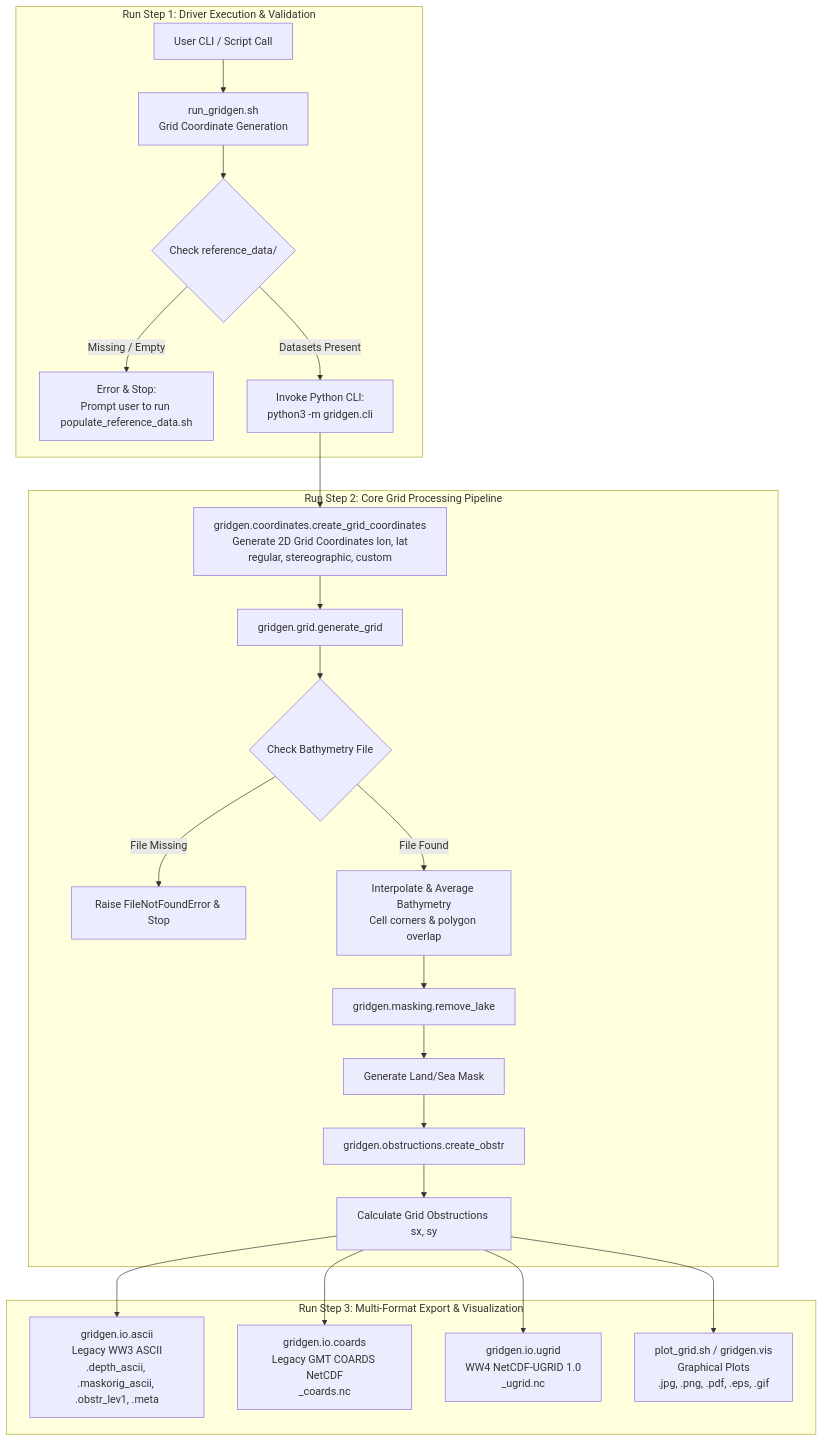
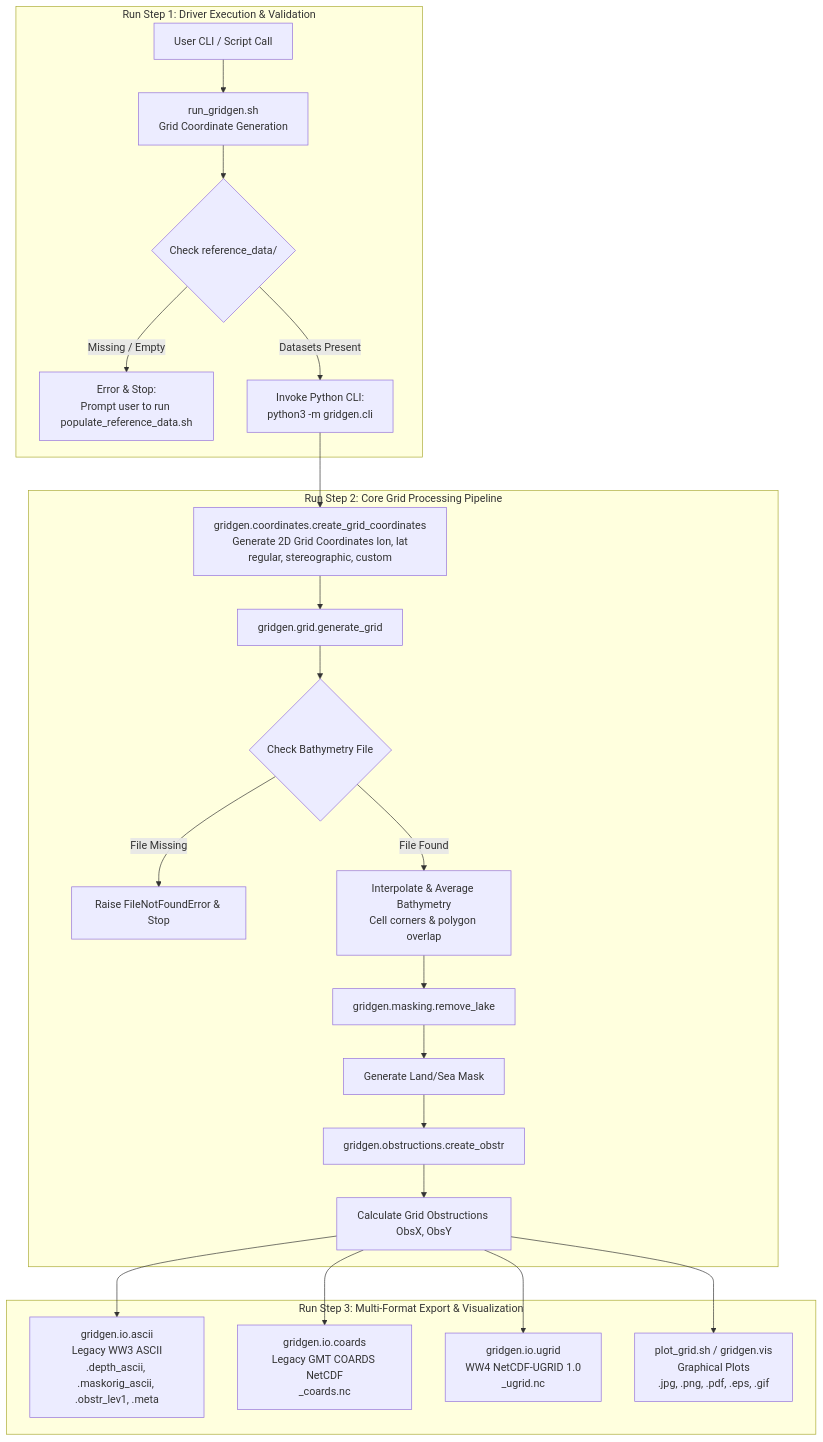
The second of 3 diagrams in ARCHITECTURE.md (HendrikTolman-NOAA/gridgen), drawn with Mermaid before and after one commit. The commit also changed other lines of this file and 11 other files, not shown here.

First line of the commit message:
Rename obstructions to ObsX/ObsY and enable user_polygons.flag

````diff
--- a/ARCHITECTURE.md
+++ b/ARCHITECTURE.md
@@ -47,30 +47,30 @@
 ```mermaid
 flowchart TD
     subgraph Run Step 1: Driver Execution & Validation
         E[User CLI / Script Call] --> F[run_gridgen.sh<br/>Grid Coordinate Generation]
         F --> G{Check reference_data/}
         G -- Missing / Empty --> H[Error & Stop:<br/>Prompt user to run populate_reference_data.sh]
         G -- Datasets Present --> I[Invoke Python CLI:<br/>python3 -m gridgen.cli]
     end
 
     subgraph Run Step 2: Core Grid Processing Pipeline
         I --> J0[gridgen.coordinates.create_grid_coordinates<br/>Generate 2D Grid Coordinates lon, lat<br/>regular, stereographic, custom]
         J0 --> J[gridgen.grid.generate_grid]
         J --> K{Check Bathymetry File}
         K -- File Missing --> L[Raise FileNotFoundError & Stop]
         K -- File Found --> M[Interpolate & Average Bathymetry<br/>Cell corners & polygon overlap]
 
         M --> N[gridgen.masking.remove_lake]
         N --> O[Generate Land/Sea Mask]
 
         O --> P[gridgen.obstructions.create_obstr]
-        P --> Q[Calculate Grid Obstructions sx, sy]
+        P --> Q[Calculate Grid Obstructions ObsX, ObsY]
     end
 
     subgraph Run Step 3: Multi-Format Export & Visualization
         Q --> R1[gridgen.io.ascii<br/>Legacy WW3 ASCII<br/>.depth_ascii, .maskorig_ascii, .obstr_lev1, .meta]
         Q --> R2[gridgen.io.coards<br/>Legacy GMT COARDS NetCDF<br/>_coards.nc]
         Q --> R3[gridgen.io.ugrid<br/>WW4 NetCDF-UGRID 1.0<br/>_ugrid.nc]
         Q --> R4[plot_grid.sh / gridgen.vis<br/>Graphical Plots<br/>.jpg, .png, .pdf, .eps, .gif]
     end
 ```
````
